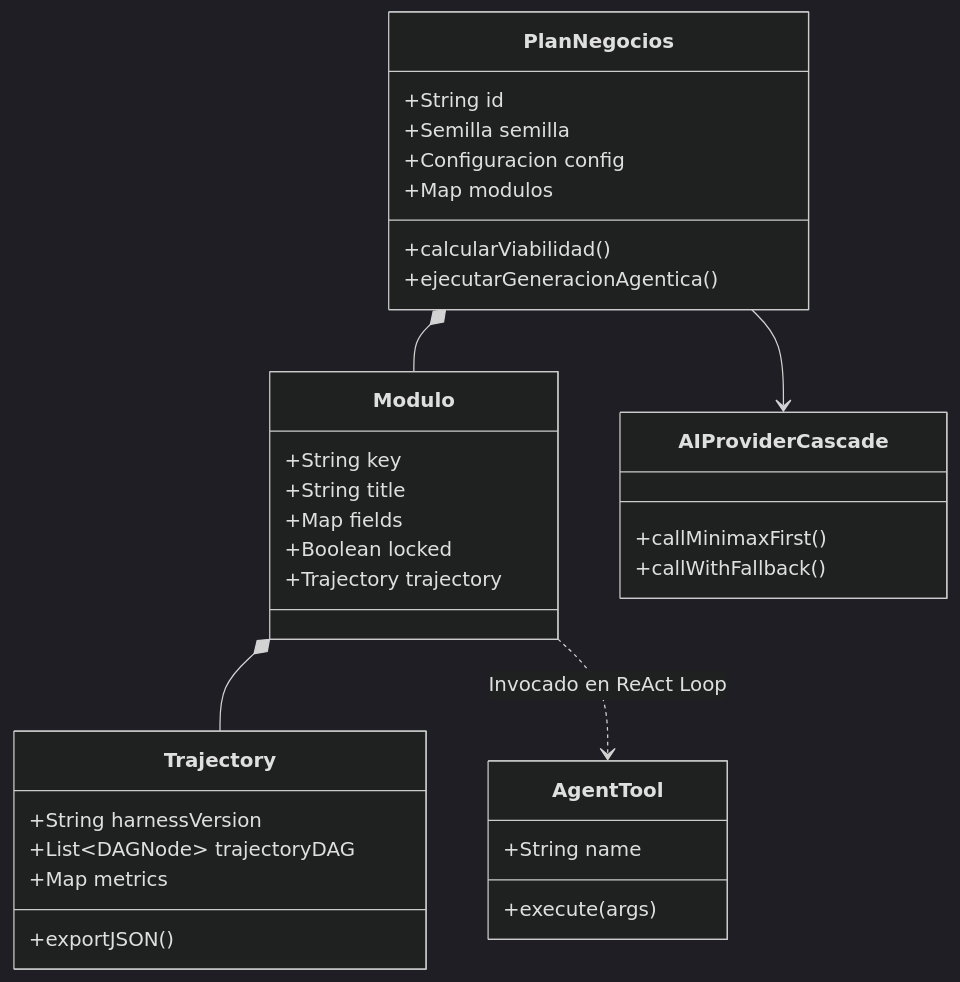
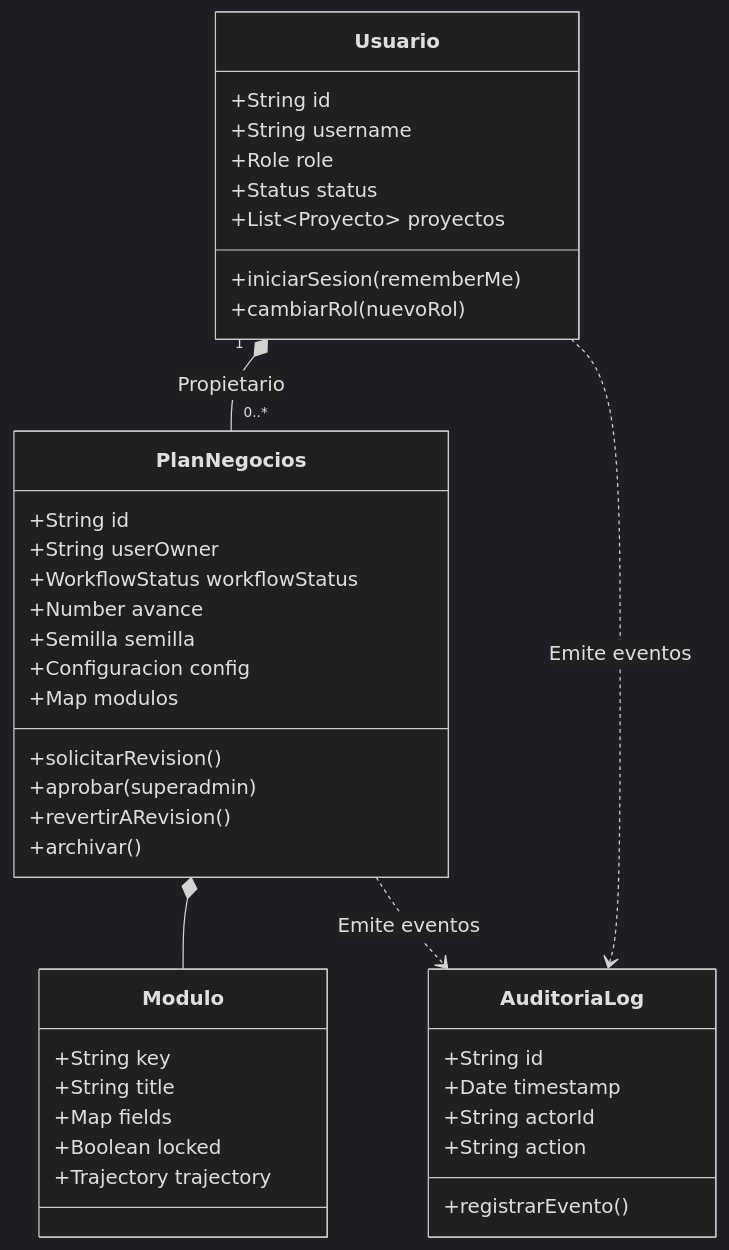
The diagram in Documentos IA DD/DDD_MASTER.md (FondoThothAC/open-business-plan), drawn with Mermaid (dark theme) before and after one commit. The commit also changed other lines of this file and 13 other files, not shown here.

````diff
--- a/Documentos IA DD/DDD_MASTER.md
+++ b/Documentos IA DD/DDD_MASTER.md
@@ -28,37 +33,44 @@
 ```mermaid
 classDiagram
+    class Usuario {
+        +String id
+        +String username
+        +Role role
+        +Status status
+        +List~Proyecto~ proyectos
+        +iniciarSesion(rememberMe)
+        +cambiarRol(nuevoRol)
+    }
     class PlanNegocios {
         +String id
+        +String userOwner
+        +WorkflowStatus workflowStatus
+        +Number avance
         +Semilla semilla
         +Configuracion config
         +Map modulos
-        +calcularViabilidad()
-        +ejecutarGeneracionAgentica()
+        +solicitarRevision()
+        +aprobar(superadmin)
+        +revertirARevision()
+        +archivar()
     }
     class Modulo {
         +String key
         +String title
         +Map fields
         +Boolean locked
         +Trajectory trajectory
     }
-    class Trajectory {
-        +String harnessVersion
-        +List~DAGNode~ trajectoryDAG
-        +Map metrics
-        +exportJSON()
-    }
-    class AgentTool {
-        +String name
-        +execute(args)
-    }
-    class AIProviderCascade {
-        +callMinimaxFirst()
-        +callWithFallback()
+    class AuditoriaLog {
+        +String id
+        +Date timestamp
+        +String actorId
+        +String action
+        +registrarEvento()
     }
 
+    Usuario "1" *-- "0..*" PlanNegocios : Propietario
     PlanNegocios *-- Modulo
-    Modulo *-- Trajectory
-    PlanNegocios --> AIProviderCascade
-    Modulo ..> AgentTool : Invocado en ReAct Loop
+    PlanNegocios ..> AuditoriaLog : Emite eventos
+    Usuario ..> AuditoriaLog : Emite eventos
 ```
````
